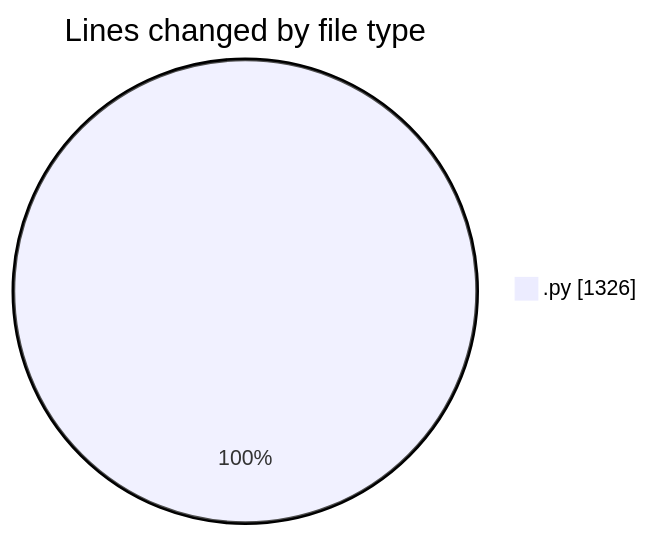
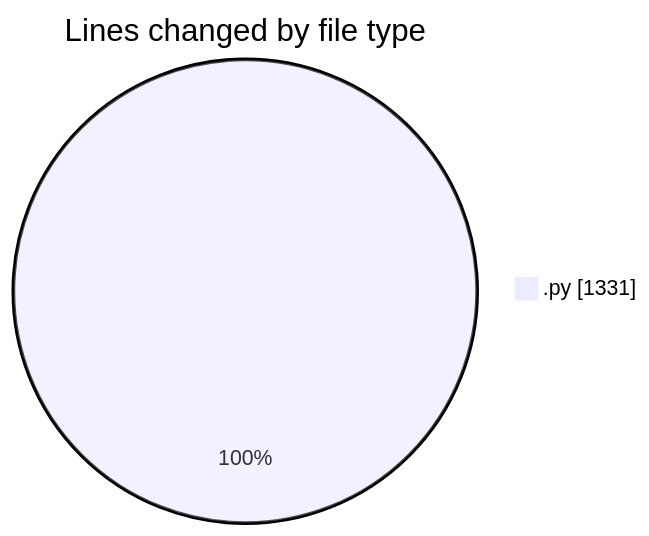
Before and after one commit to julien-gomy/code-tracking: the first of 2 diagrams in 2025-10-10/eventscop-api-guide__workspace_/README.md, drawn with Mermaid. The commit also changed other lines of this file and 1 other file, not shown here.

````diff
--- a/2025-10-10/eventscop-api-guide__workspace_/README.md
+++ b/2025-10-10/eventscop-api-guide__workspace_/README.md
@@ -23,5 +23,5 @@
 ```mermaid
 pie showData
 title Lines changed by file type
-".py" : 1326
+".py" : 1331
 ```
````
